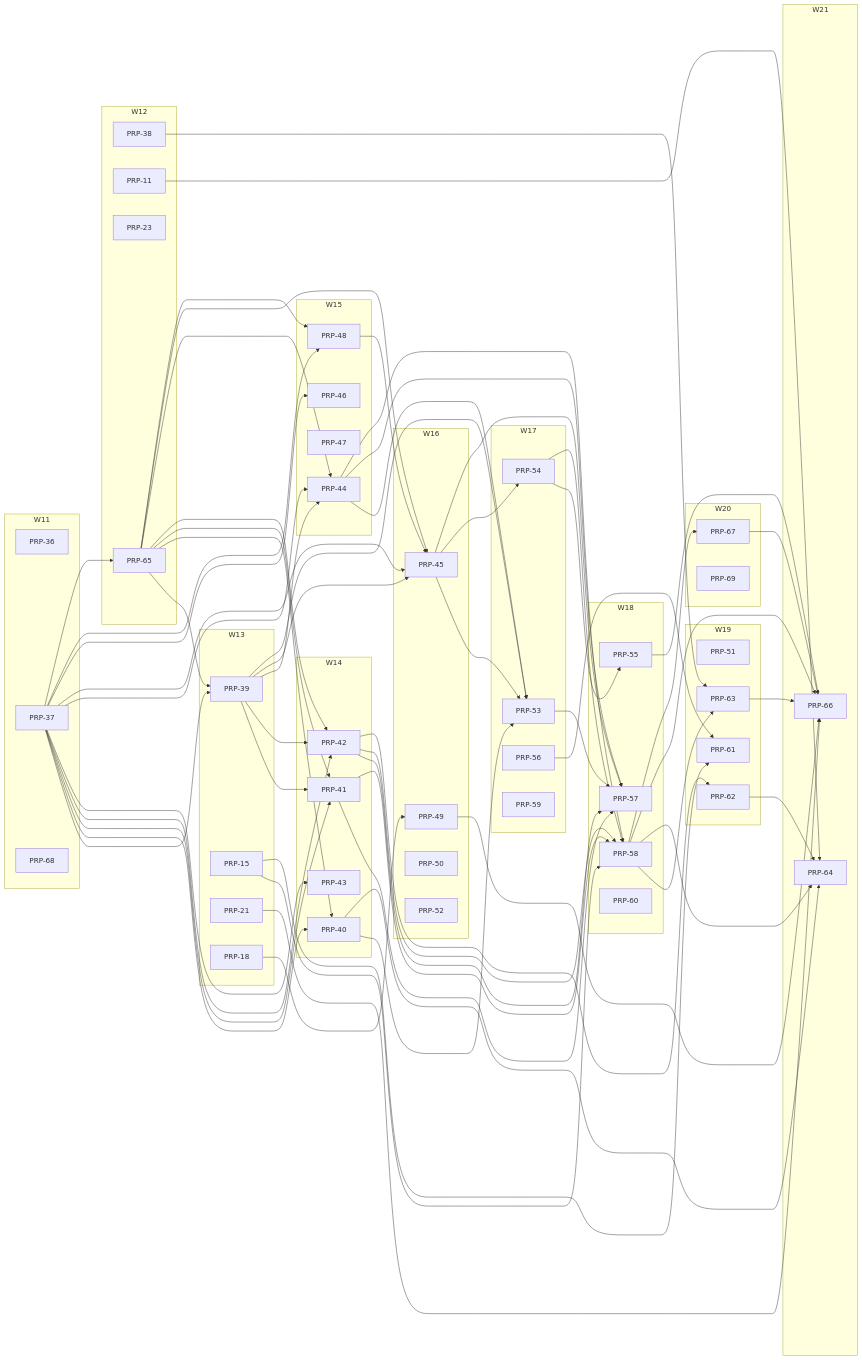
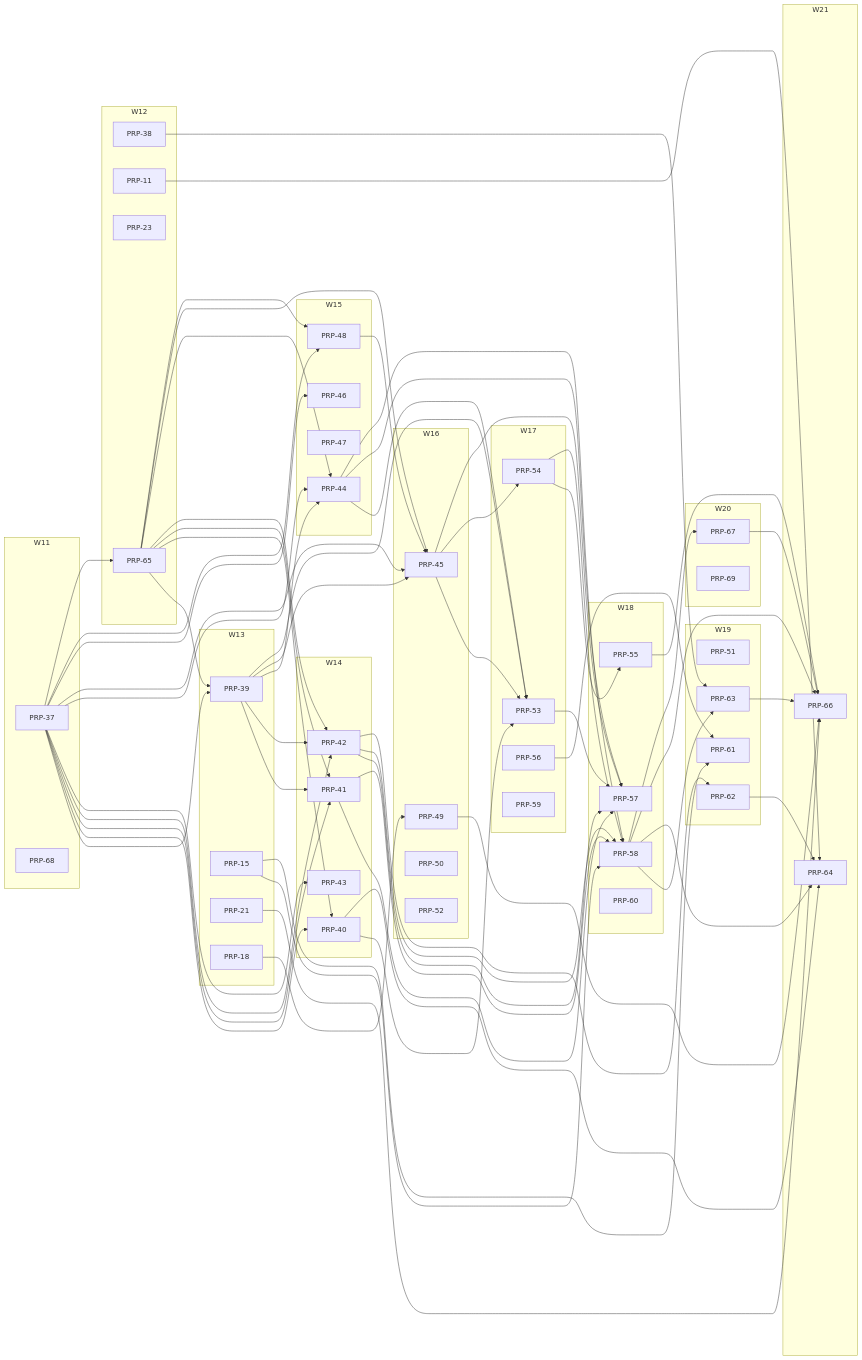
The diagram in PRPs/EXECUTION-PLAN.md (fgarofalo56/neurosphere), drawn with Mermaid before and after one commit. The commit also changed other lines of this file and 4 other files, not shown here.

````diff
--- a/PRPs/EXECUTION-PLAN.md
+++ b/PRPs/EXECUTION-PLAN.md
@@ -173,7 +172,6 @@
 ```mermaid
 flowchart LR
   subgraph W11
-    P36["PRP-36"]
     P37["PRP-37"]
     P68["PRP-68"]
   end
````
